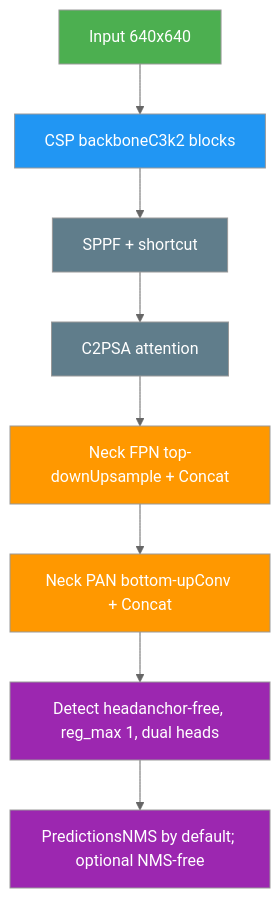
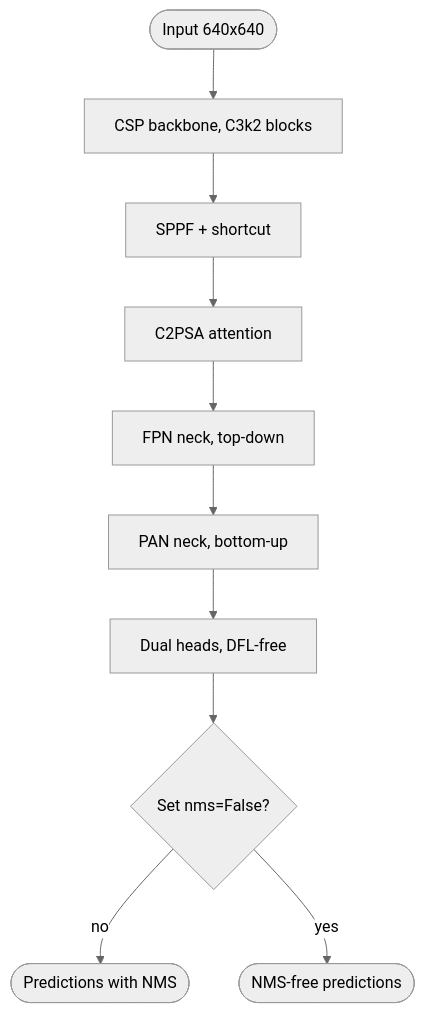
The fifth of 5 diagrams in skills/ultralytics-docs/references/guides/yolo-architecture.md (wenerme/ai), drawn with Mermaid (neutral theme) before and after one commit. The commit also changed other lines of this file and 476 other files, not shown here.

````diff
--- a/skills/ultralytics-docs/references/guides/yolo-architecture.md
+++ b/skills/ultralytics-docs/references/guides/yolo-architecture.md
@@ -99,15 +79,12 @@
     ```mermaid
     flowchart TD
-        IN[Input 640x640]:::start --> BB[CSP backboneC3k2 blocks]:::proc
-        BB --> SP[SPPF + shortcut]:::extern
-        SP --> PSA[C2PSA attention]:::extern
-        PSA --> FPN[Neck FPN top-downUpsample + Concat]:::decide
-        FPN --> PAN[Neck PAN bottom-upConv + Concat]:::decide
-        PAN --> HD[Detect headanchor-free, reg_max 1, dual heads]:::out
-        HD --> O[PredictionsNMS by default; optional NMS-free]:::out
-        classDef start fill:#4CAF50,color:#fff
-        classDef proc fill:#2196F3,color:#fff
-        classDef decide fill:#FF9800,color:#fff
-        classDef out fill:#9C27B0,color:#fff
-        classDef extern fill:#607D8B,color:#fff
+        IN([Input 640x640]) --> BB["CSP backbone, C3k2 blocks"]
+        BB --> SP[SPPF + shortcut]
+        SP --> PSA[C2PSA attention]
+        PSA --> FPN["FPN neck, top-down"]
+        FPN --> PAN["PAN neck, bottom-up"]
+        PAN --> HD["Dual heads, DFL-free"]
+        HD --> Q{"Set nms=False?"}
+        Q -->|no| O1([Predictions with NMS])
+        Q -->|yes| O2([NMS-free predictions])
     ```
````
